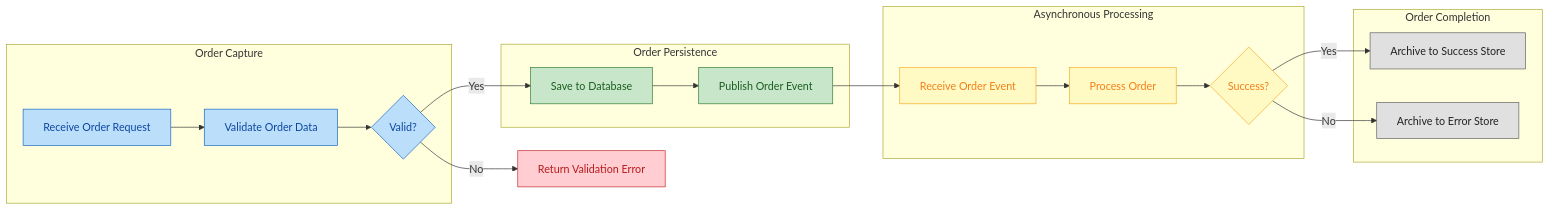
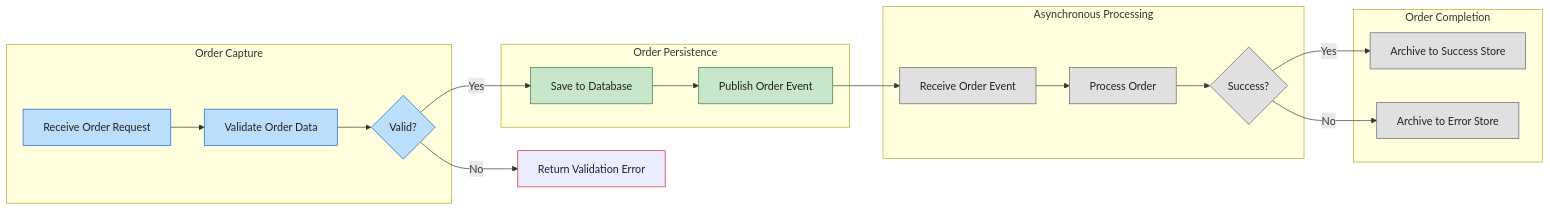
Before and after one commit to Evilazaro/Azure-LogicApps-Monitoring: the fourth of 4 diagrams in docs/architecture/01-business-architecture.md, drawn with Mermaid. The commit also changed other lines of this file and 2 other files, not shown here.

Commit message:
Refactor architecture diagrams for consistent color scheme and improved readability

````diff
--- a/docs/architecture/01-business-architecture.md
+++ b/docs/architecture/01-business-architecture.md
@@ -151,45 +148,45 @@
 ```mermaid
 flowchart LR
     subgraph Capture["Order Capture"]
         A1[Receive Order Request]
         A2[Validate Order Data]
         A3{Valid?}
     end
 
     subgraph Persistence["Order Persistence"]
         B1[Save to Database]
         B2[Publish Order Event]
     end
 
     subgraph Processing["Asynchronous Processing"]
         C1[Receive Order Event]
         C2[Process Order]
         C3{Success?}
     end
 
     subgraph Completion["Order Completion"]
         D1[Archive to Success Store]
         D2[Archive to Error Store]
     end
 
     A1 --> A2 --> A3
     A3 -->|Yes| B1
     A3 -->|No| E1[Return Validation Error]
     B1 --> B2
     B2 --> C1
     C1 --> C2 --> C3
     C3 -->|Yes| D1
     C3 -->|No| D2
 
-    classDef capture fill:#BBDEFB,stroke:#1565C0,color:#0D47A1
-    classDef persist fill:#C8E6C9,stroke:#2E7D32,color:#1B5E20
-    classDef process fill:#FFF9C4,stroke:#F9A825,color:#F57F17
+    classDef capture fill:#BBDEFB,stroke:#1565C0,color:#212121
+    classDef persist fill:#C8E6C9,stroke:#2E7D32,color:#212121
+    classDef process fill:#E0E0E0,stroke:#616161,color:#212121
     classDef complete fill:#E0E0E0,stroke:#616161,color:#212121
-    classDef error fill:#FFCDD2,stroke:#C62828,color:#B71C1C
+    classDef error stroke:#C62828,color:#212121
 
     class A1,A2,A3 capture
     class B1,B2 persist
     class C1,C2,C3 process
     class D1,D2 complete
     class E1 error
 ```
````
